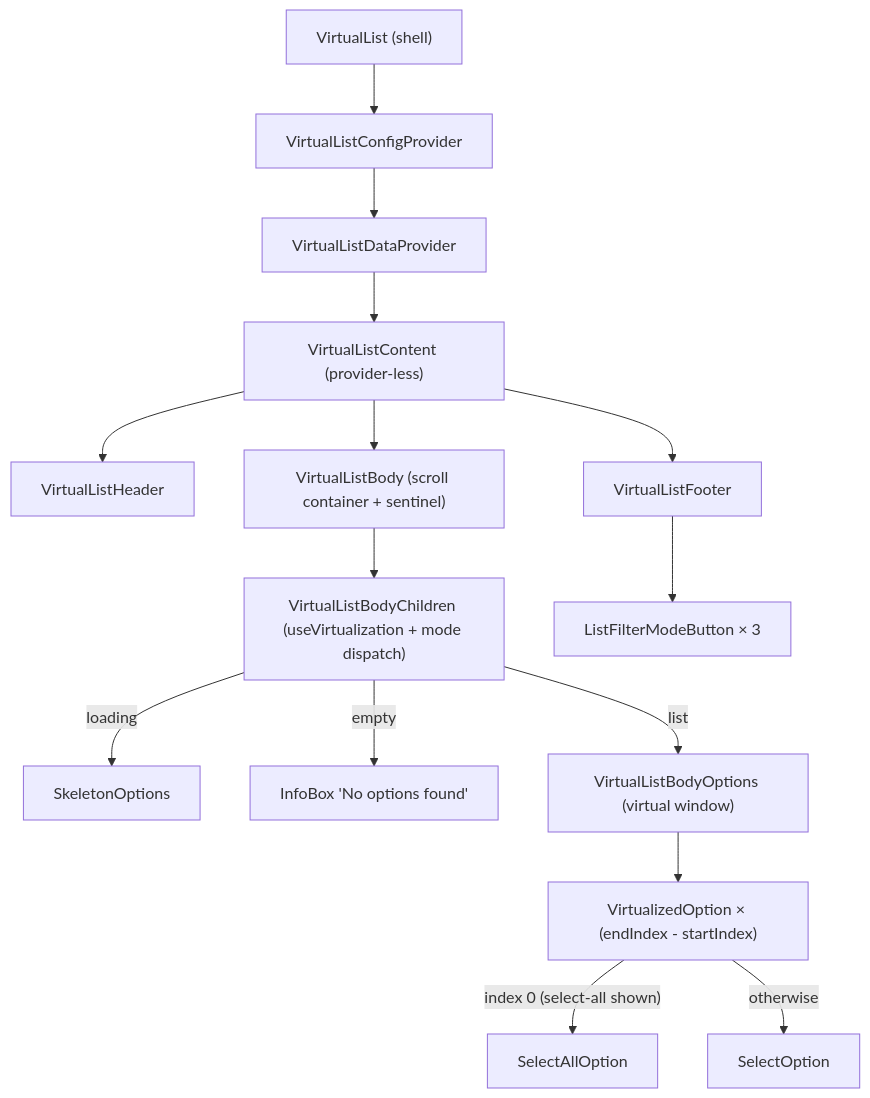
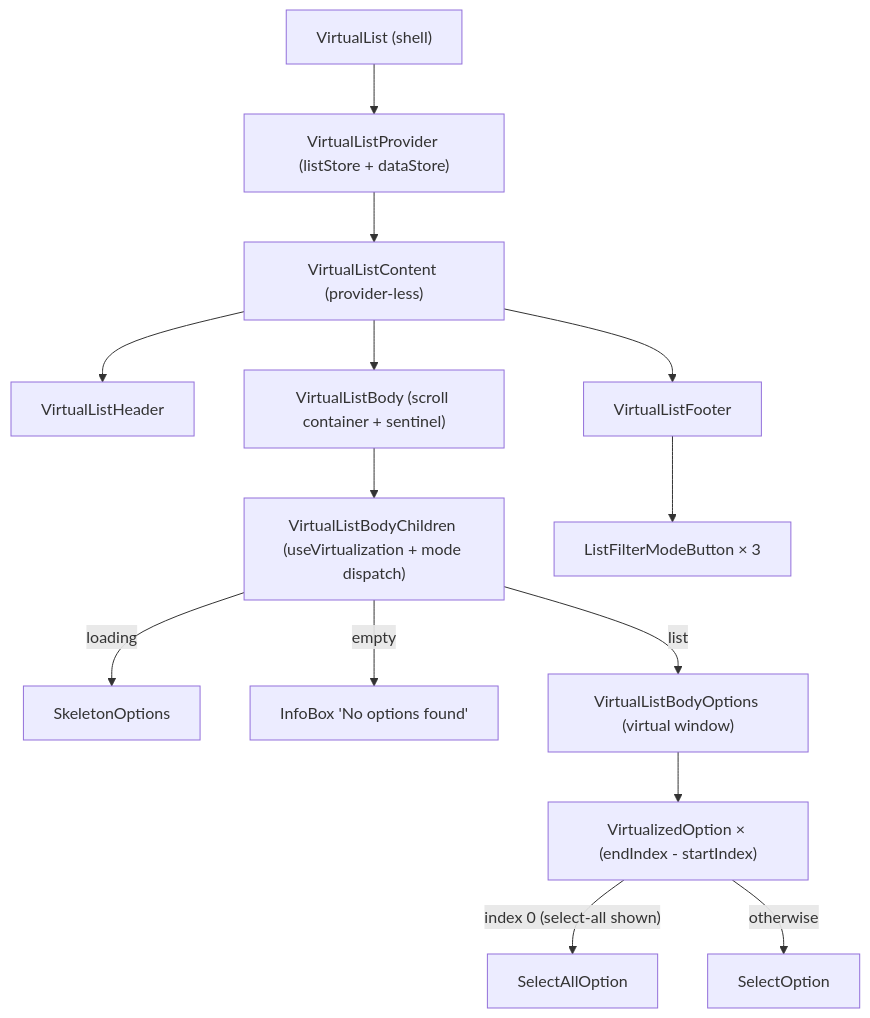
The first of 3 diagrams in packages/ui/src/components/VirtualList/ARCHITECTURE.md (luciocabrera/lcabrera-stack), drawn with Mermaid before and after one commit. The commit also changed other lines of this file and 29 other files, not shown here.

````diff
--- a/packages/ui/src/components/VirtualList/ARCHITECTURE.md
+++ b/packages/ui/src/components/VirtualList/ARCHITECTURE.md
@@ -48,17 +49,16 @@
 ```mermaid
 graph TD
-  VL["VirtualList (shell)"] --> CFG["VirtualListConfigProvider"]
-  CFG --> DATA["VirtualListDataProvider"]
-  DATA --> VLC["VirtualListContent (provider-less)"]
+  VL["VirtualList (shell)"] --> PROV["VirtualListProvider (listStore + dataStore)"]
+  PROV --> VLC["VirtualListContent (provider-less)"]
   VLC --> VLH["VirtualListHeader"]
   VLC --> VLB["VirtualListBody (scroll container + sentinel)"]
   VLC --> VLF["VirtualListFooter"]
   VLB --> VLBC["VirtualListBodyChildren (useVirtualization + mode dispatch)"]
   VLBC -->|loading| SKO["SkeletonOptions"]
   VLBC -->|empty| IB["InfoBox 'No options found'"]
   VLBC -->|list| VLBO["VirtualListBodyOptions (virtual window)"]
   VLBO --> VO["VirtualizedOption × (endIndex - startIndex)"]
   VO -->|"index 0 (select-all shown)"| SAO["SelectAllOption"]
   VO -->|otherwise| SO["SelectOption"]
   VLF --> LFMB["ListFilterModeButton × 3"]
 ```
````
